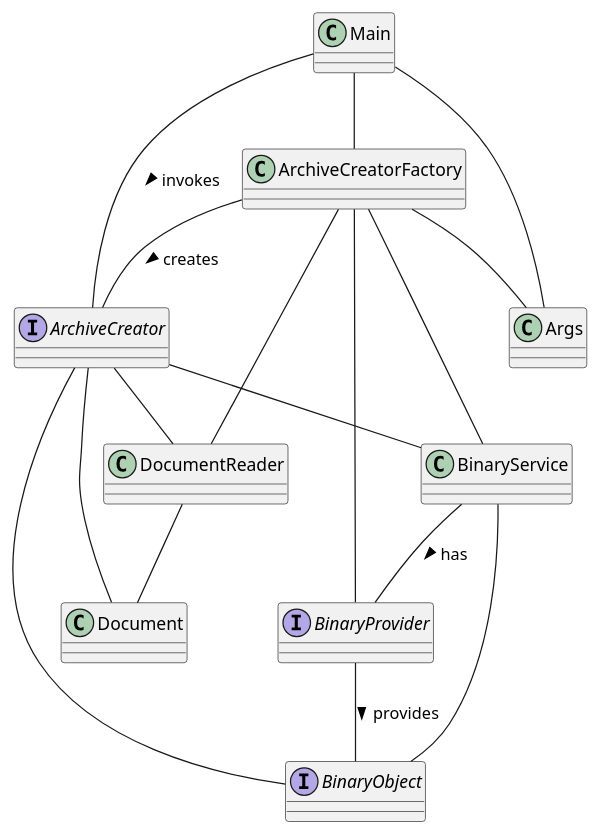
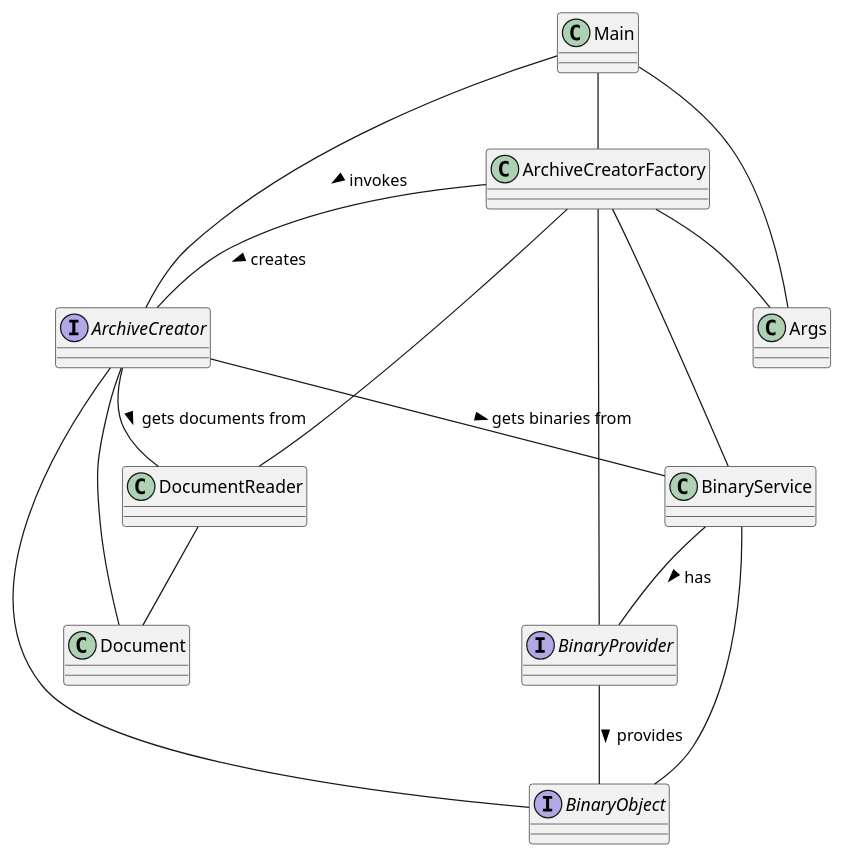
The diagram in plantuml/main-classes.puml (aceeric/archive-builder), drawn with PlantUML before and after one commit. The commit also changed 11 other files, not shown here.

```diff
--- a/plantuml/main-classes.puml
+++ b/plantuml/main-classes.puml
@@ -5,29 +5,29 @@
 @startuml
 
 interface ArchiveCreator
 interface BinaryProvider
 interface BinaryObject
 class ArchiveCreatorFactory
 class DocumentReader
 class BinaryService
 class Main
 class Document
 class Args
 
-ArchiveCreator -- DocumentReader
+ArchiveCreator -- DocumentReader : gets documents from >
 ArchiveCreator -- BinaryObject
 DocumentReader -- Document
-ArchiveCreator -- BinaryService
+ArchiveCreator -- BinaryService : gets binaries from >
 ArchiveCreator -- Document
 BinaryService -- BinaryProvider : has >
 BinaryService -- BinaryObject
 BinaryProvider -- BinaryObject : provides >
 Main -- ArchiveCreatorFactory
 Main -- Args
 Main -- ArchiveCreator : invokes >
 ArchiveCreatorFactory -- ArchiveCreator : creates >
 ArchiveCreatorFactory -- Args
 ArchiveCreatorFactory -- DocumentReader
 ArchiveCreatorFactory -- BinaryProvider
 ArchiveCreatorFactory -- BinaryService
 @enduml
```
